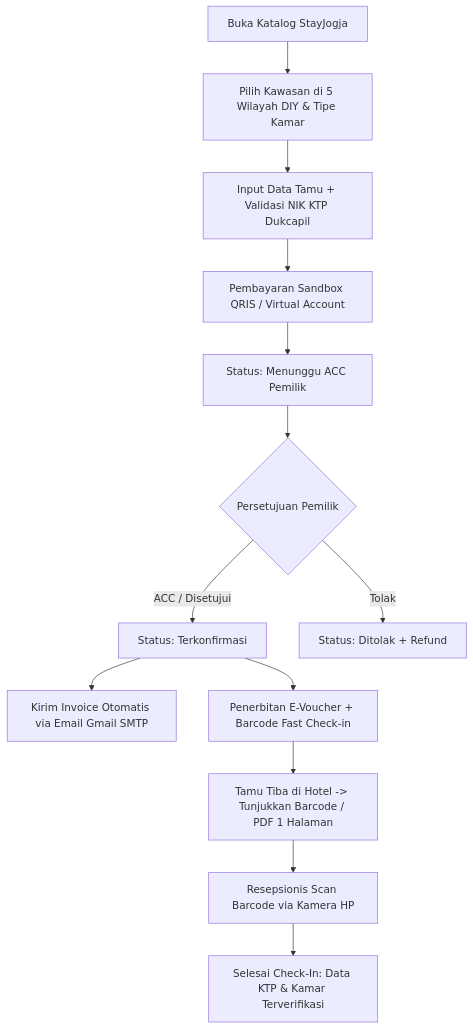
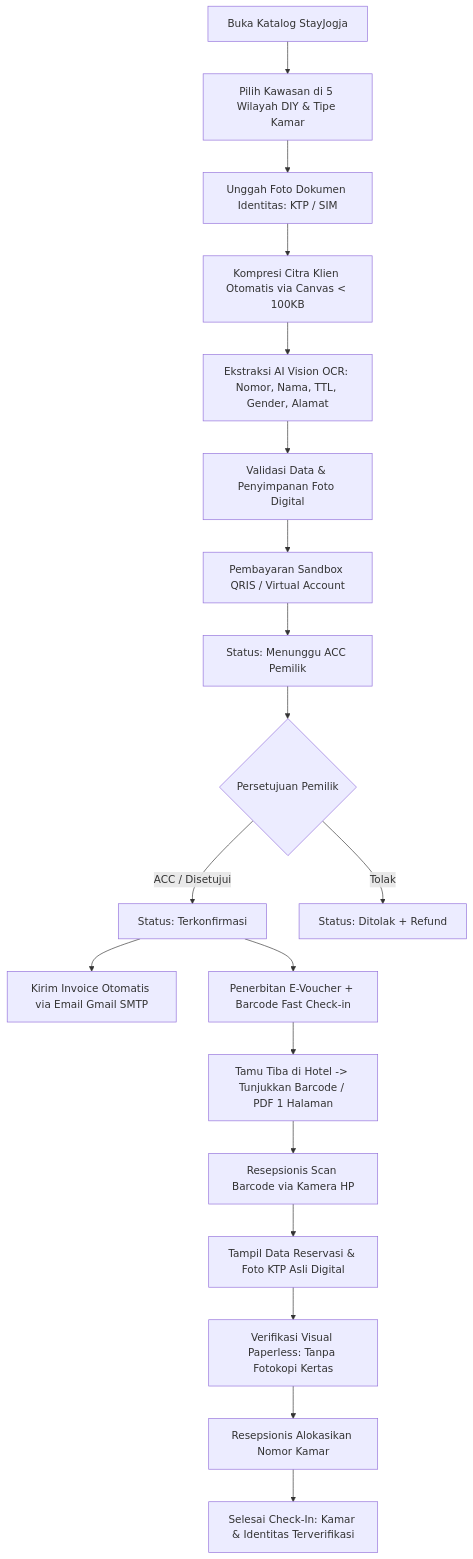
Before and after one commit to raynor19/Stayjogja: the first of 2 diagrams in prd.md, drawn with Mermaid. The commit also changed other lines of this file, not shown here.

Commit message:
docs(prd): update PRD to v2.1 with KTP/SIM AI OCR, paperless check-in, and client auto-compression

````diff
--- a/prd.md
+++ b/prd.md
@@ -77,15 +88,21 @@
 ```mermaid
 flowchart TD
     A[Buka Katalog StayJogja] --> B[Pilih Kawasan di 5 Wilayah DIY & Tipe Kamar]
-    B --> C[Input Data Tamu + Validasi NIK KTP Dukcapil]
-    C --> D[Pembayaran Sandbox QRIS / Virtual Account]
+    B --> C1[Unggah Foto Dokumen Identitas: KTP / SIM]
+    C1 --> C2[Kompresi Citra Klien Otomatis via Canvas < 100KB]
+    C2 --> C3[Ekstraksi AI Vision OCR: Nomor, Nama, TTL, Gender, Alamat]
+    C3 --> C4[Validasi Data & Penyimpanan Foto Digital]
+    C4 --> D[Pembayaran Sandbox QRIS / Virtual Account]
     D --> E[Status: Menunggu ACC Pemilik]
     E --> F{Persetujuan Pemilik}
     F -->|ACC / Disetujui| G[Status: Terkonfirmasi]
     G --> H[Kirim Invoice Otomatis via Email Gmail SMTP]
     G --> I[Penerbitan E-Voucher + Barcode Fast Check-in]
     I --> J[Tamu Tiba di Hotel -> Tunjukkan Barcode / PDF 1 Halaman]
     J --> K[Resepsionis Scan Barcode via Kamera HP]
-    K --> L[Selesai Check-In: Data KTP & Kamar Terverifikasi]
-    F -->|Tolak| M[Status: Ditolak + Refund]
+    K --> L1[Tampil Data Reservasi & Foto KTP Asli Digital]
+    L1 --> L2[Verifikasi Visual Paperless: Tanpa Fotokopi Kertas]
+    L2 --> L3[Resepsionis Alokasikan Nomor Kamar]
+    L3 --> M[Selesai Check-In: Kamar & Identitas Terverifikasi]
+    F -->|Tolak| N[Status: Ditolak + Refund]
 ```
````
